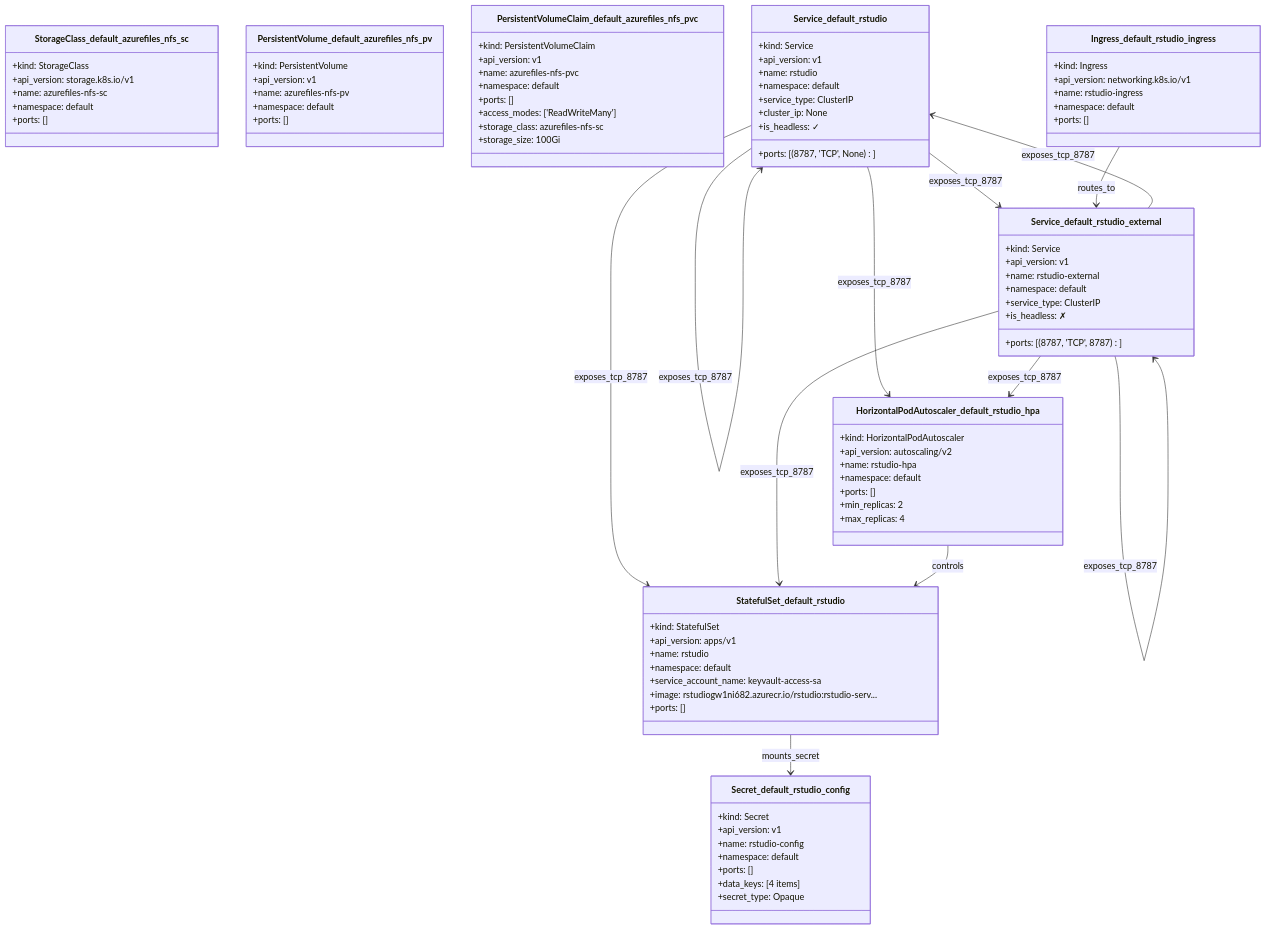
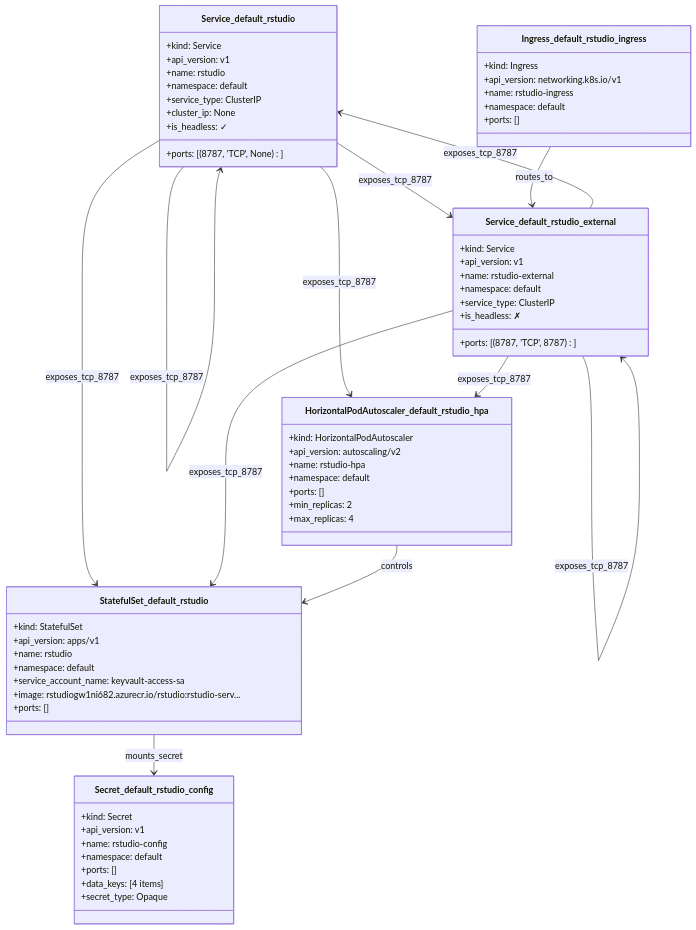
One commit to mamonaco1973/azure-rstudio-aks changed the diagram in README.md. Above: the diagram before and after it, drawn with Mermaid.

````diff
--- a/README.md
+++ b/README.md
@@ -120,29 +120,6 @@
 ```mermaid
 classDiagram
-class StorageClass_default_azurefiles_nfs_sc {
-  +kind: StorageClass
-  +api_version: storage.k8s.io/v1
-  +name: azurefiles-nfs-sc
-  +namespace: default
-  +ports: []
-}
-class PersistentVolume_default_azurefiles_nfs_pv {
-  +kind: PersistentVolume
-  +api_version: v1
-  +name: azurefiles-nfs-pv
-  +namespace: default
-  +ports: []
-}
-class PersistentVolumeClaim_default_azurefiles_nfs_pvc {
-  +kind: PersistentVolumeClaim
-  +api_version: v1
-  +name: azurefiles-nfs-pvc
-  +namespace: default
-  +ports: []
-  +access_modes: ['ReadWriteMany']
-  +storage_class: azurefiles-nfs-sc
-  +storage_size: 100Gi
-}
+
 class Secret_default_rstudio_config {
   +kind: Secret
   +api_version: v1
````
